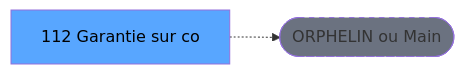
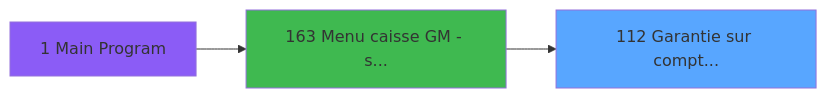
Before and after one commit to thonyAGP/magic-migration: the third of 4 diagrams in .openspec/specs/ADH-IDE-112.md, drawn with Mermaid. The commit also changed other lines of this file and 253 other files, not shown here.

````diff
--- a/.openspec/specs/ADH-IDE-112.md
+++ b/.openspec/specs/ADH-IDE-112.md
@@ -138,8 +2141,11 @@
 ```mermaid
 graph LR
-    T[112 Garantie sur co]
-    ORPHAN([ORPHELIN ou Main])
-    T -.-> ORPHAN
-    style T fill:#58a6ff,color:#000
-    style ORPHAN fill:#6b7280,stroke-dasharray: 5 5
+    T112[112 Garantie sur compt...]
+    style T112 fill:#58a6ff
+    CC1[1 Main Program]
+    style CC1 fill:#8b5cf6
+    CC163[163 Menu caisse GM - s...]
+    style CC163 fill:#3fb950
+    CC1 --> CC163
+    CC163 --> T112
 ```
````
